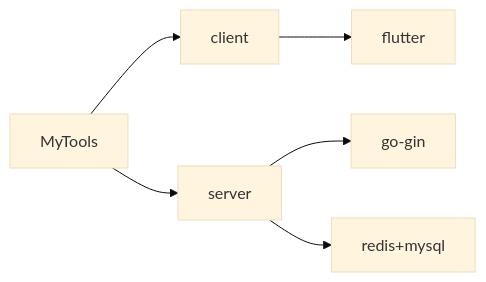
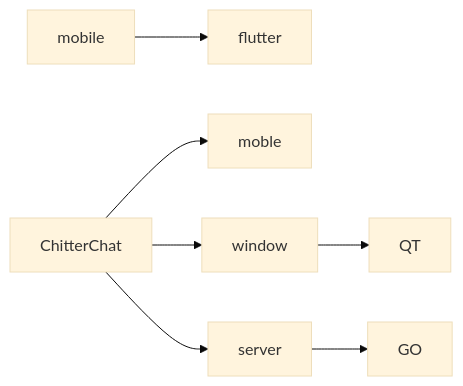
The diagram in README.md (wfxx/wfxx), drawn with Mermaid (base theme) before and after one commit. The commit also changed other lines of this file, not shown here.

````diff
--- a/README.md
+++ b/README.md
@@ -14,8 +3,9 @@
 ```mermaid
 graph LR
-MyTools-->client
-client-->flutter
-MyTools-->server
-server-->go-gin
-server-->redis+mysql
+ChitterChat-->moble
+mobile-->flutter
+ChitterChat-->window
+window-->QT
+ChitterChat-->server
+server-->GO
 ```
````
